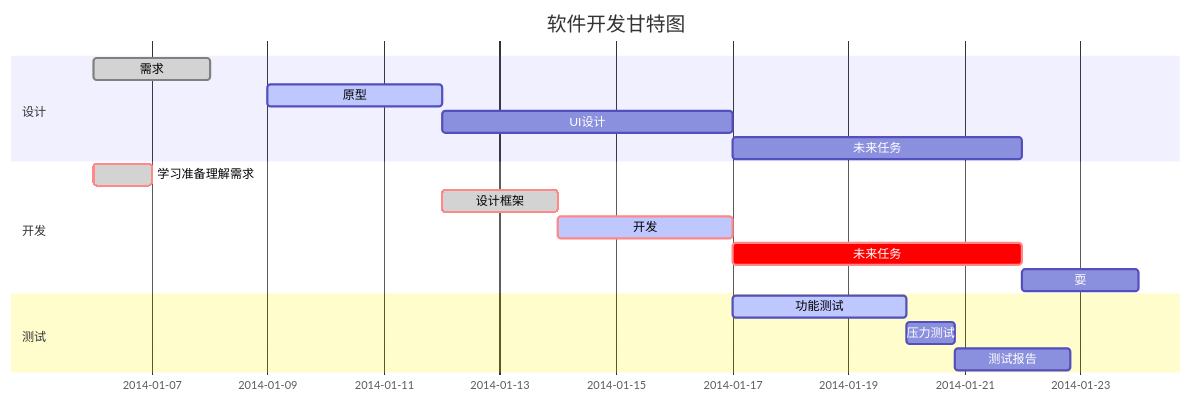
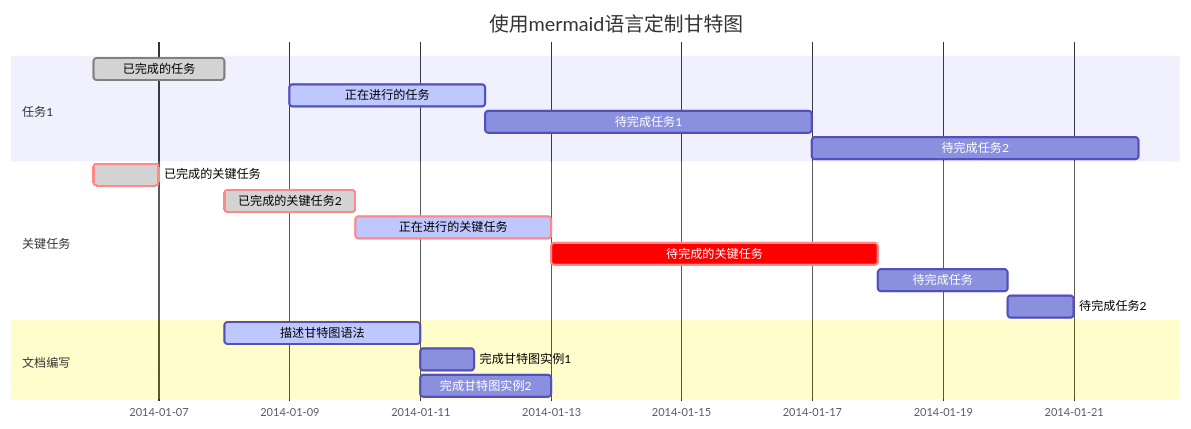
The diagram in Juan Islas_markdown/011.甘特图.md (woody1435/iTLearning), drawn with Mermaid before and after one commit.

Commit message:
修改

````diff
--- a/Juan Islas_markdown/011.甘特图.md
+++ b/Juan Islas_markdown/011.甘特图.md
@@ -1,20 +1,24 @@
 ```mermaid
-    gantt
-    dateFormat  YYYY-MM-DD
-    title 软件开发甘特图
-    section 设计
-    需求                      :done,    des1, 2014-01-06,2014-01-08
-    原型                      :active,  des2, 2014-01-09, 3d
-    UI设计                     :         des3, after des2, 5d
-未来任务                     :         des4, after des3, 5d
-    section 开发
-    学习准备理解需求                      :crit, done, 2014-01-06,24h
-    设计框架                             :crit, done, after des2, 2d
-    开发                                 :crit, active, 3d
-    未来任务                              :crit, 5d
-    耍                                   :2d
-    section 测试
-    功能测试                              :active, a1, after des3, 3d
-    压力测试                               :after a1  , 20h
-    测试报告                               : 48h
+gantt         
+       dateFormat  YYYY-MM-DD   
+       title 使用mermaid语言定制甘特图
+
+       section 任务1
+       已完成的任务           :done,    des1, 2014-01-06,2014-01-08
+       正在进行的任务               :active,  des2, 2014-01-09, 3d
+       待完成任务1               :         des3, after des2, 5d
+       待完成任务2              :         des4, after des3, 5d
+
+       section 关键任务
+       已完成的关键任务 :crit, done, 2014-01-06,24h
+       已完成的关键任务2         :crit, done, after des1, 2d
+       正在进行的关键任务             :crit, active, 3d
+       待完成的关键任务        :crit, 5d
+       待完成任务           :2d
+       待完成任务2                      :1d
+
+       section 文档编写
+       描述甘特图语法               :active, a1, after des1, 3d
+       完成甘特图实例1      :after a1  , 20h
+       完成甘特图实例2    :doc1, after a1  , 48h
 ```
````
